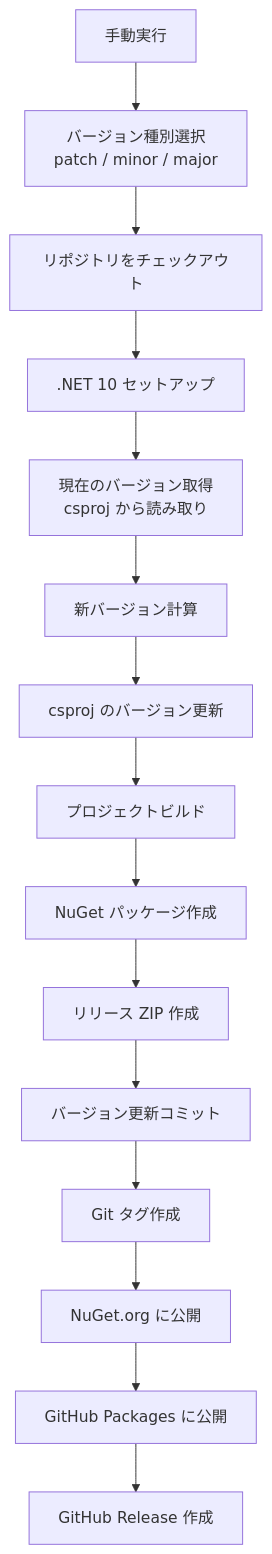
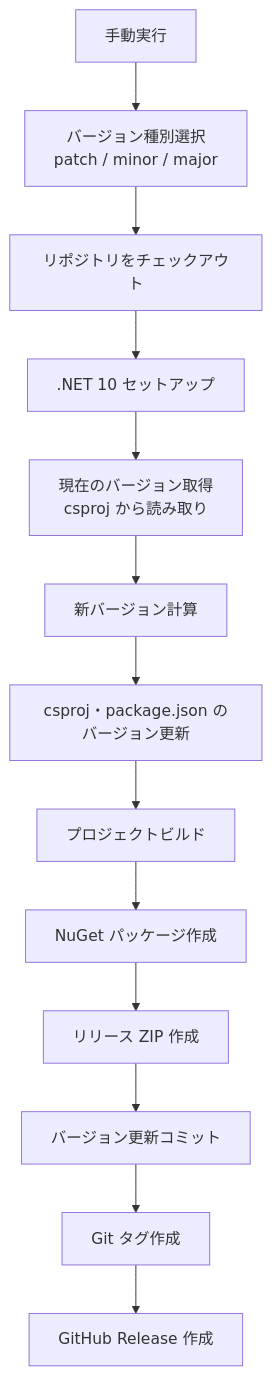
Before and after one commit to vehiclevisionjp/VehicleVision.Tools.ScreenSketch: the third of 5 diagrams in docs/contributing/ci-workflow.md, drawn with Mermaid. The commit also changed other lines of this file and 3 other files, not shown here.

````diff
--- a/docs/contributing/ci-workflow.md
+++ b/docs/contributing/ci-workflow.md
@@ -114,17 +119,15 @@
 ```mermaid
 flowchart TD
     A[手動実行] --> B[バージョン種別選択<br/>patch / minor / major]
     B --> C[リポジトリをチェックアウト]
     C --> D[.NET 10 セットアップ]
     D --> E[現在のバージョン取得<br/>csproj から読み取り]
     E --> F[新バージョン計算]
-    F --> G[csproj のバージョン更新]
+    F --> G[csproj・package.json のバージョン更新]
     G --> H[プロジェクトビルド]
     H --> I[NuGet パッケージ作成]
     I --> J[リリース ZIP 作成]
     J --> K[バージョン更新コミット]
     K --> L[Git タグ作成]
-    L --> M[NuGet.org に公開]
-    M --> N[GitHub Packages に公開]
-    N --> O[GitHub Release 作成]
+    L --> M[GitHub Release 作成]
 ```
````
